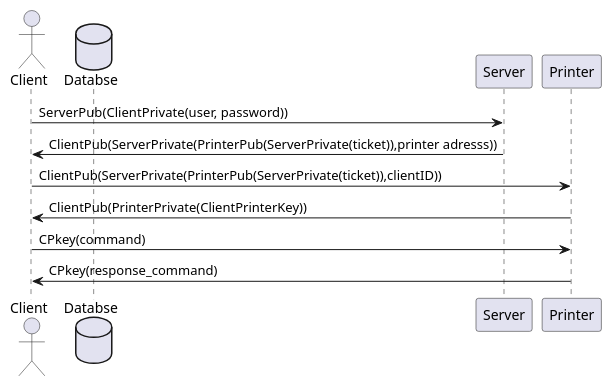
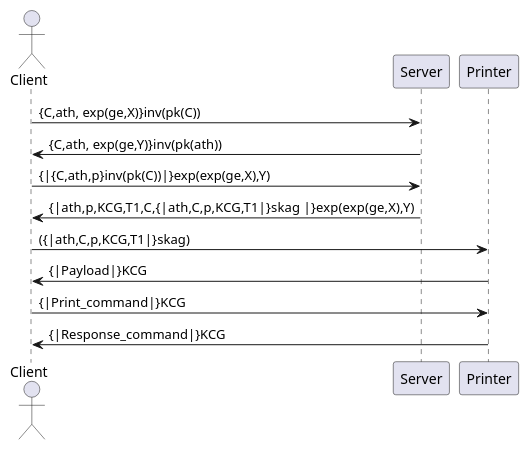
Before and after one commit to Shuhab-Siddigi/Authentication: the first of 2 diagrams in sequencediagram.puml, drawn with PlantUML. The commit also changed 12 other files, not shown here.

```diff
--- a/sequencediagram.puml
+++ b/sequencediagram.puml
@@ -2,13 +2,20 @@
 @startuml Kerberos 
 actor Client as C
-database Databse as D
 participant Server as S
 participant Printer as P
 
-C-> S: ServerPub(ClientPrivate(user, password))
-S-> C: ClientPub(ServerPrivate(PrinterPub(ServerPrivate(ticket)),printer adresss))
-C-> P: ClientPub(ServerPrivate(PrinterPub(ServerPrivate(ticket)),clientID))
-P-> C: ClientPub(PrinterPrivate(ClientPrinterKey))
-C-> P: CPkey(command)
-P-> C: CPkey(response_command)
+C->S: {C,ath, exp(ge,X)}inv(pk(C)) 
+S->C: {C,ath, exp(ge,Y)}inv(pk(ath))
+
+C->S: {|{C,ath,p}inv(pk(C))|}exp(exp(ge,X),Y)
+S->C: {|ath,p,KCG,T1,C,{|ath,C,p,KCG,T1|}skag  |}exp(exp(ge,X),Y)
+
+C -> P: ({|ath,C,p,KCG,T1|}skag)
+	
+P -> C:  {|Payload|}KCG
+
+C -> P: {|Print_command|}KCG
+
+P -> C: {|Response_command|}KCG
+
 @enduml
```
